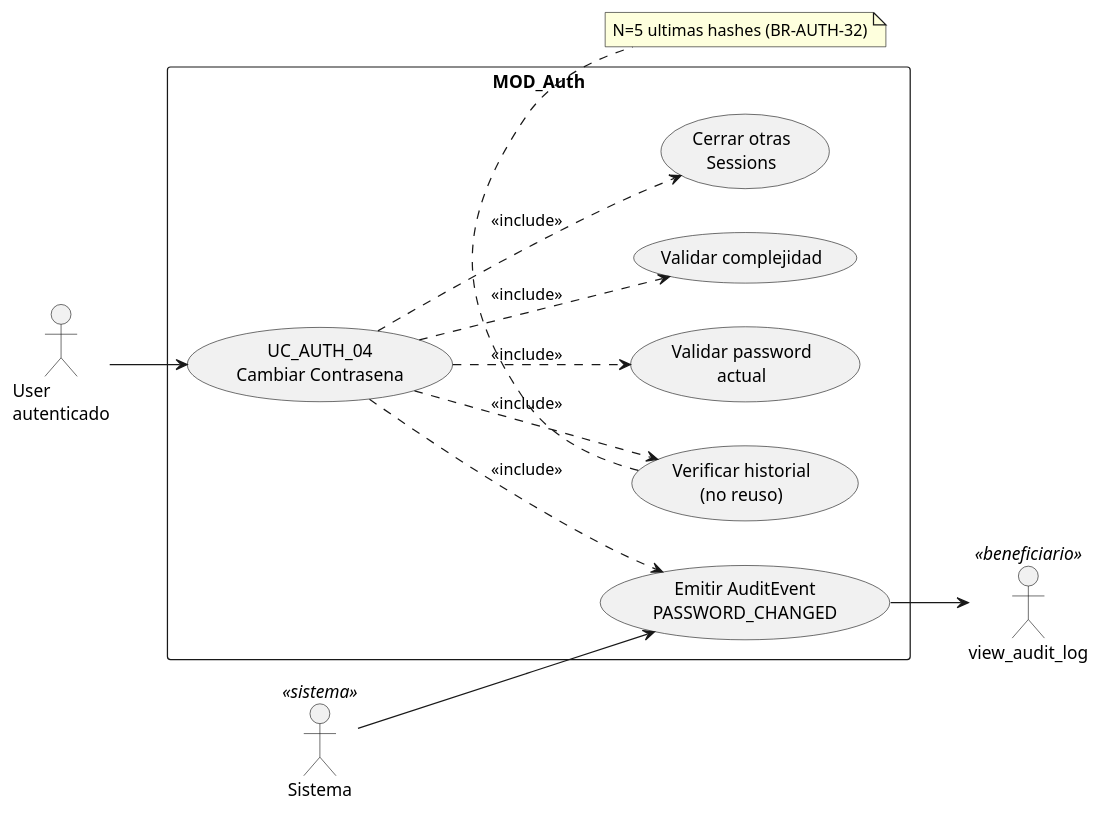
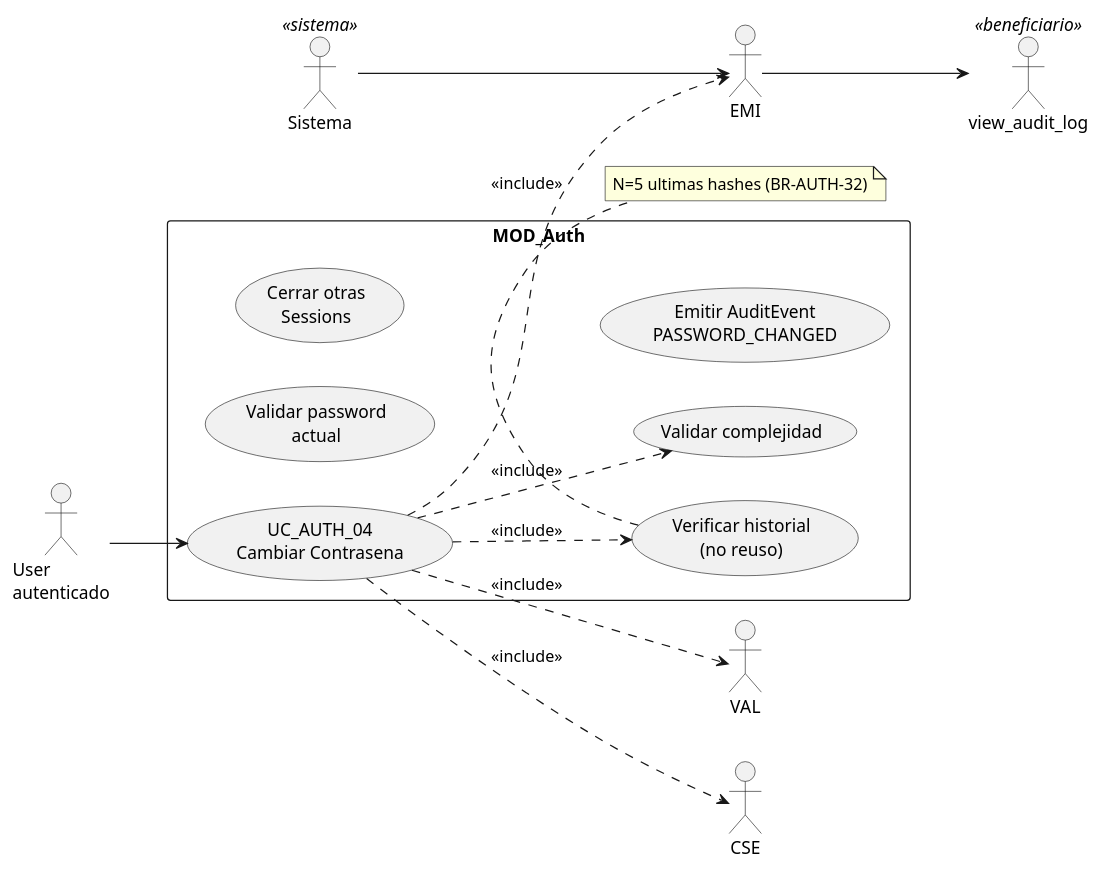
Before and after one commit to jcg-admin/IACT-docs: the diagram in source/requisitos/casos-uso/auth/uc-auth-04/diagramas-uml/diagrama-de-caso-de-uso.rst, drawn with PlantUML. The commit also changed 47 other files, not shown here.

First line of the commit message:
Fix cryptic PlantUML aliases in UC and architecture files (STD_011)

```diff
--- a/source/requisitos/casos-uso/auth/uc-auth-04/diagramas-uml/diagrama-de-caso-de-uso.rst
+++ b/source/requisitos/casos-uso/auth/uc-auth-04/diagramas-uml/diagrama-de-caso-de-uso.rst
@@ -4,34 +4,34 @@
 .. uml::
  :caption: UC_AUTH_04 — actores y casos asociados
 
  @startuml
 
  left to right direction
 
  actor "User\nautenticado" as USER
  actor "view_audit_log" as view_audit_log <<beneficiario>>
  actor "Sistema" as Sistema <<sistema>>
 
  rectangle "MOD_Auth" {
    usecase "UC_AUTH_04\nCambiar Contrasena" as UC04
-   usecase "Validar password\nactual" as VAL
+   usecase "Validar password\nactual" as ValidarDato
    usecase "Validar complejidad" as COMP
    usecase "Verificar historial\n(no reuso)" as HIST
-   usecase "Cerrar otras\nSessions" as CSE
-   usecase "Emitir AuditEvent\nPASSWORD_CHANGED" as EMI
+   usecase "Cerrar otras\nSessions" as CerrarSesiones
+   usecase "Emitir AuditEvent\nPASSWORD_CHANGED" as AuditEmitter
  }
 
  USER --> UC04
  UC04 ..> VAL : <<include>>
  UC04 ..> COMP : <<include>>
  UC04 ..> HIST : <<include>>
  UC04 ..> CSE : <<include>>
  UC04 ..> EMI : <<include>>
  Sistema --> EMI
  EMI --> view_audit_log
 
  note bottom of HIST
    N=5 ultimas hashes (BR-AUTH-32)
  end note
 
  @enduml
```
